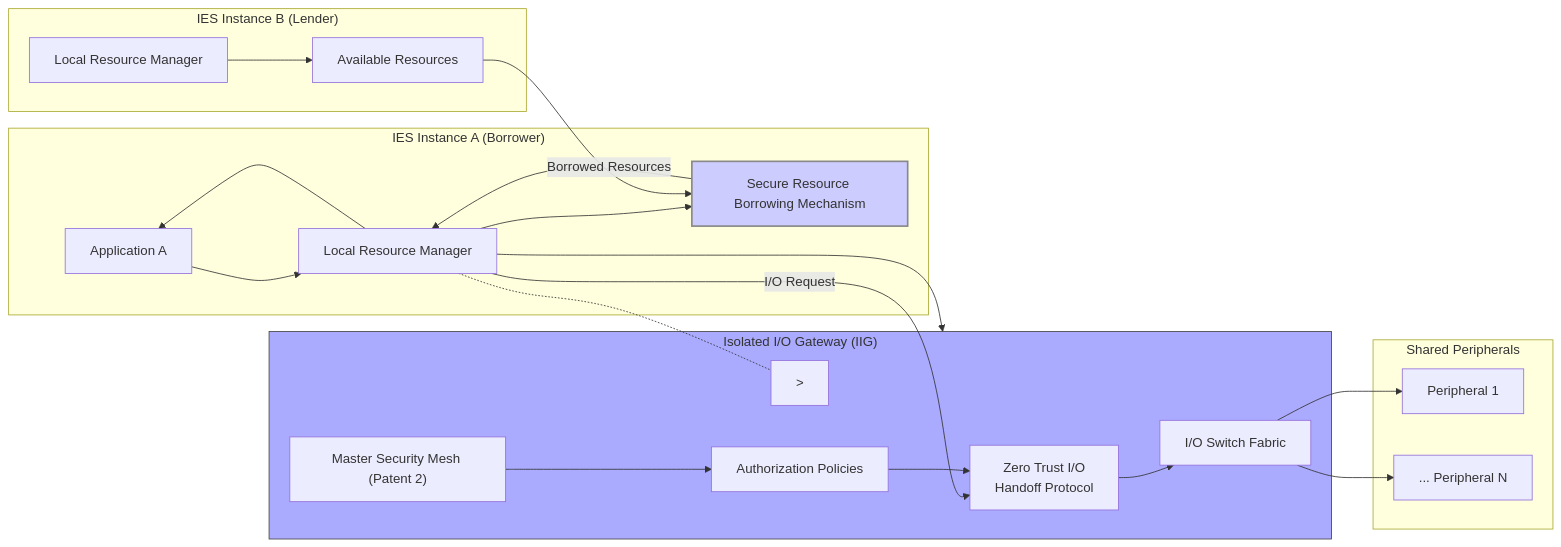
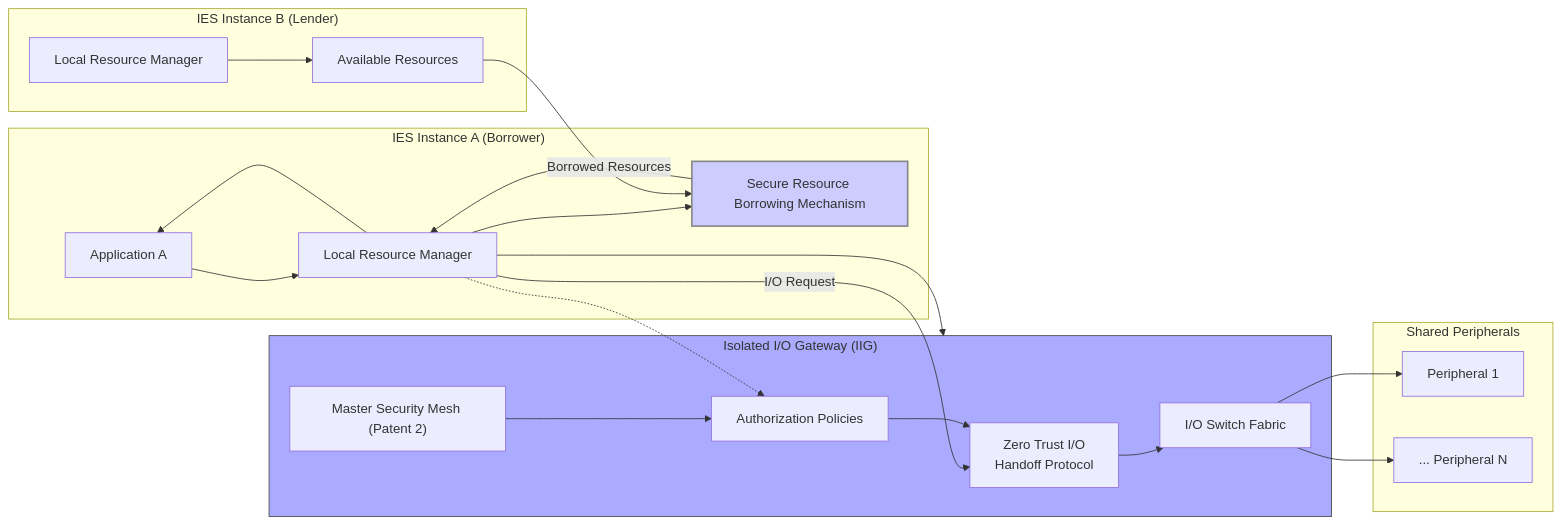
Diagram 17 of 21 in 3.md (nshkrdotcom/ASKA), drawn with Mermaid before and after one commit. The commit also changed other lines of this file and 1 other file, not shown here.

````diff
--- a/3.md
+++ b/3.md
@@ -1496,38 +1496,38 @@
 ```mermaid
 graph LR
     subgraph IES_A["IES Instance A (Borrower)"]
         App_A["Application A"] --> LRM_A["Local Resource Manager"]
         LRM_A --> SRBM["Secure Resource Borrowing Mechanism"]
     end
 
     subgraph IES_B["IES Instance B (Lender)"]
         LRM_B["Local Resource Manager"] --> Resource_Pool_B["Available Resources"]
         Resource_Pool_B --> SRBM
     end
 
     SRBM -- Borrowed Resources --> LRM_A
     LRM_A --> App_A
 
     subgraph Shared_Peripherals["Shared Peripherals"]
         Peripheral_1["Peripheral 1"]
         Peripheral_N["... Peripheral N"]
     end
 
     subgraph IIG["Isolated I/O Gateway (IIG)"]
         IOSF["I/O Switch Fabric"] --> Peripheral_1
         IOSF --> Peripheral_N
         ZTIOH["Zero Trust I/O<br>Handoff Protocol"] --> IOSF
         LRM_A -- I/O Request --> ZTIOH
 
-        LRM_A -.-&gt; Token_Manager["Dynamic Token Manager"] --> ZTIOH
+        LRM_A -.-> Token_Manager["Dynamic Token Manager"] --> ZTIOH
         MSM["Master Security Mesh (Patent 2)"] --> Token_Manager["Authorization Policies"]
 
 
     end
 
     LRM_A ----> IIG
 
 
     style SRBM fill:#ccf,stroke:#888,stroke-width:2px
     style IIG fill:#aaf,stroke:#444
 ```
````
